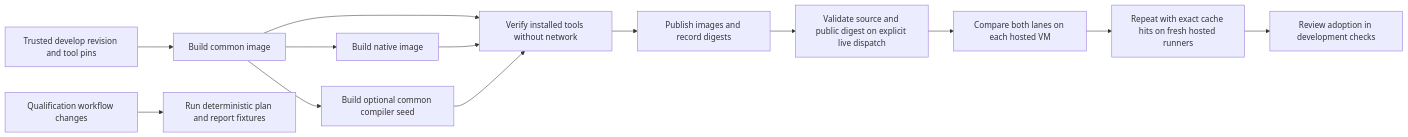
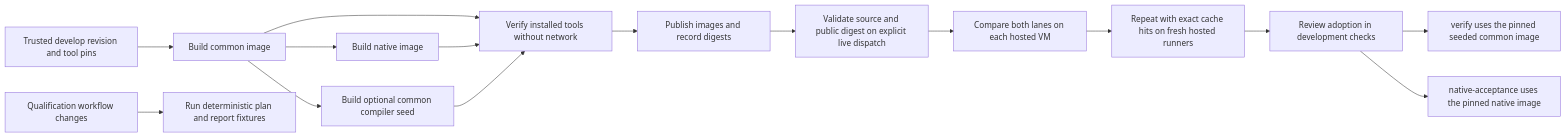
One commit to kmosoti/FabricO11y changed the seventh of 10 diagrams in docs/architecture.md. Above: the diagram before and after it, drawn with Mermaid. The commit also changed other lines of this file and 7 other files, not shown here.

Commit message:
ci: adopt qualified native and seeded common images

````diff
--- a/docs/architecture.md
+++ b/docs/architecture.md
@@ -209,15 +209,17 @@
 ```mermaid
 flowchart LR
     Pins["Trusted develop revision and tool pins"] --> Common["Build common image"]
     Common --> Native["Build native image"]
     Common --> Seed["Build optional common compiler seed"]
     Common --> Offline["Verify installed tools without network"]
     Native --> Offline
     Seed --> Offline
     Offline --> Registry["Publish images and record digests"]
     Harness["Qualification workflow changes"] --> Sim["Run deterministic plan and report fixtures"]
     Registry --> Plan["Validate source and public digest on explicit live dispatch"]
     Plan --> Cold["Compare both lanes on each hosted VM"]
     Cold --> Warm["Repeat with exact cache hits on fresh hosted runners"]
     Warm --> Review["Review adoption in development checks"]
+    Review --> Verify["verify uses the pinned seeded common image"]
+    Review --> Acceptance["native-acceptance uses the pinned native image"]
 ```
````
